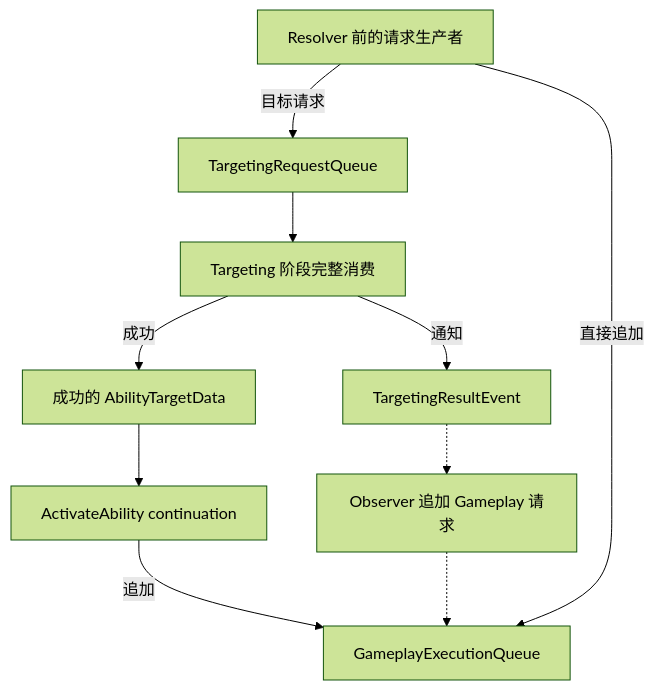
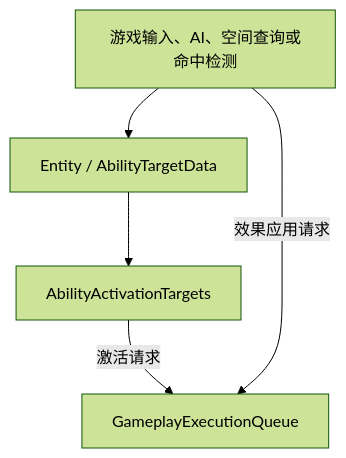
One commit to JiLingXiaoBai/bevy_gas changed the second of 3 diagrams in .docs/01-overview.md. Above: the diagram before and after it, drawn with Mermaid (forest theme). The commit also changed other lines of this file and 56 other files, not shown here.

````diff
--- a/.docs/01-overview.md
+++ b/.docs/01-overview.md
@@ -90,21 +86,10 @@
 ```mermaid
 flowchart TB
-    Producers["Resolver 前的请求生产者"]
-    TargetQueue["TargetingRequestQueue"]
-    Targeting["Targeting 阶段完整消费"]
-    TargetData["成功的 AbilityTargetData"]
-    Continuation["ActivateAbility continuation"]
-    TargetEvent["TargetingResultEvent"]
-    Observer["Observer 追加 Gameplay 请求"]
+    Game["游戏输入、AI、空间查询或命中检测"]
+    Targets["Entity / AbilityTargetData"]
+    Activation["AbilityActivationTargets"]
     Execution["GameplayExecutionQueue"]
-
-    Producers -- "目标请求" --> TargetQueue
-    TargetQueue --> Targeting
-    Targeting -- "成功" --> TargetData
-    TargetData --> Continuation
-    Continuation -- "追加" --> Execution
-    Targeting -- "通知" --> TargetEvent
-    TargetEvent -.-> Observer
-    Observer -.-> Execution
-    Producers -- "直接追加" --> Execution
+    Game --> Targets --> Activation
+    Activation -- "激活请求" --> Execution
+    Game -- "效果应用请求" --> Execution
 ```
````
